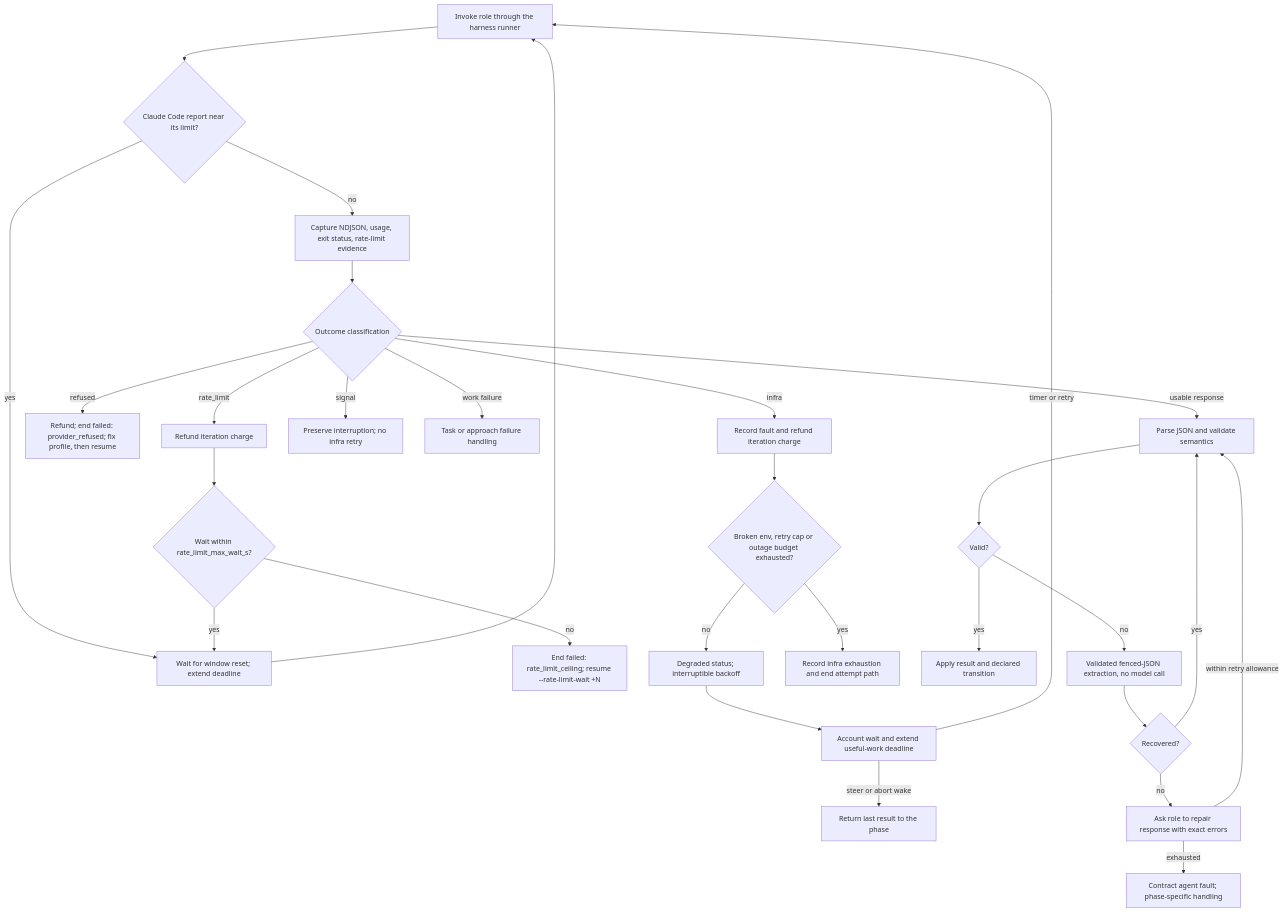
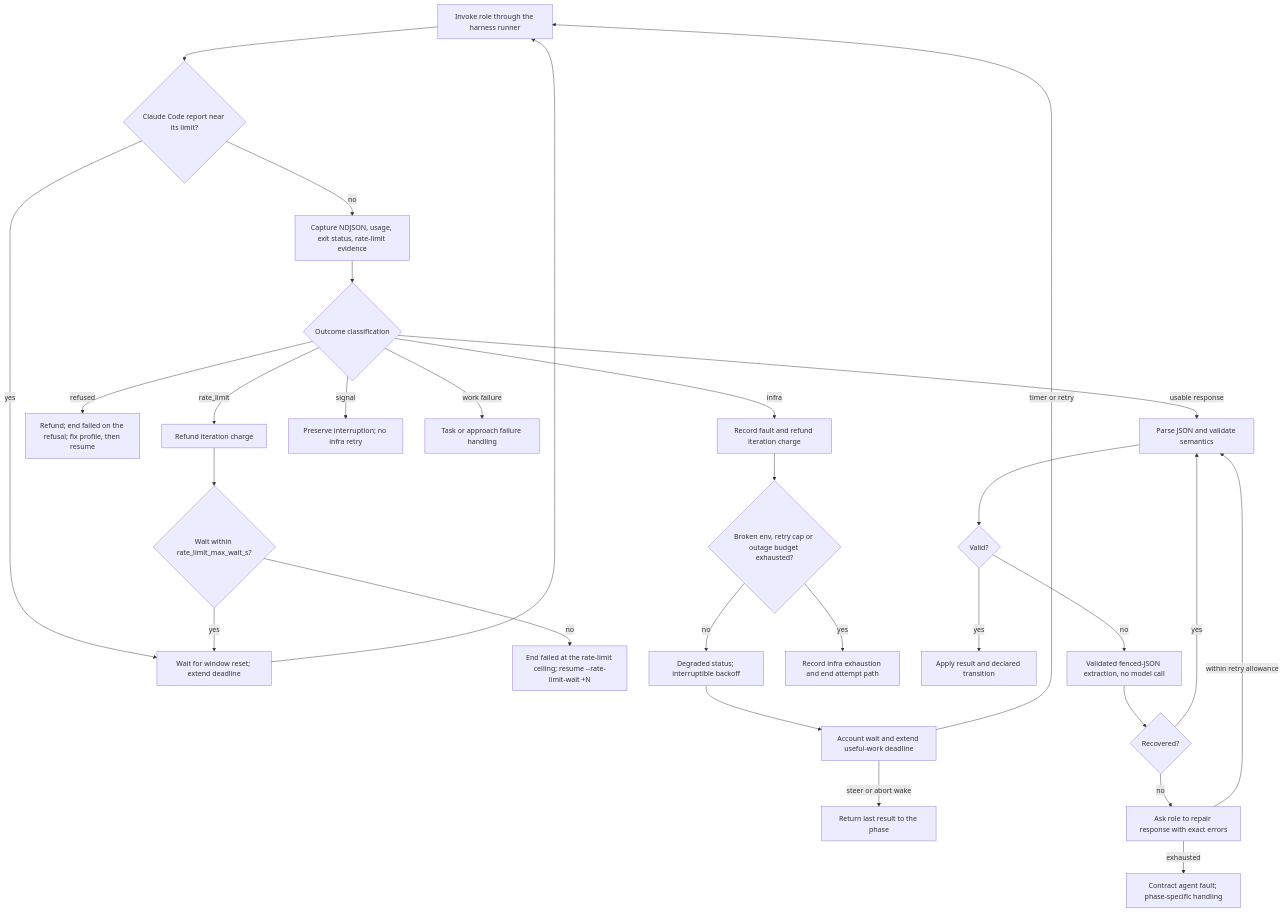
Before and after one commit to n-orlov/ralphd: the seventh of 10 diagrams in docs/solution-tech-spec.md, drawn with Mermaid. The commit also changed other lines of this file and 7 other files, not shown here.

````diff
--- a/docs/solution-tech-spec.md
+++ b/docs/solution-tech-spec.md
@@ -909,31 +922,31 @@
 ```mermaid
 flowchart TD
     Invoke["Invoke role through the harness runner"] --> Pre{"Claude Code report near its limit?"}
     Pre -->|yes| RLWait
     Pre -->|no| Stream["Capture NDJSON, usage, exit status, rate-limit evidence"]
     Stream --> Fault{"Outcome classification"}
     Fault -->|rate_limit| RLRefund["Refund iteration charge"]
     RLRefund --> RLCap{"Wait within rate_limit_max_wait_s?"}
     RLCap -->|yes| RLWait["Wait for window reset; extend deadline"]
     RLWait --> Invoke
-    RLCap -->|no| RLFail["End failed: rate_limit_ceiling; resume --rate-limit-wait +N"]
-    Fault -->|refused| RefRefund["Refund; end failed: provider_refused; fix profile, then resume"]
+    RLCap -->|no| RLFail["End failed at the rate-limit ceiling; resume --rate-limit-wait +N"]
+    Fault -->|refused| RefRefund["Refund; end failed on the refusal; fix profile, then resume"]
     Fault -->|infra| Refund["Record fault and refund iteration charge"]
     Refund --> Cap{"Broken env, retry cap or outage budget exhausted?"}
     Cap -->|no| Wait["Degraded status; interruptible backoff"]
     Wait --> Extend["Account wait and extend useful-work deadline"]
     Extend -->|timer or retry| Invoke
     Extend -->|steer or abort wake| Return["Return last result to the phase"]
     Cap -->|yes| Stop["Record infra exhaustion and end attempt path"]
     Fault -->|signal| Signal["Preserve interruption; no infra retry"]
     Fault -->|work failure| WorkFail["Task or approach failure handling"]
     Fault -->|usable response| Parse["Parse JSON and validate semantics"]
     Parse --> Good{"Valid?"}
     Good -->|yes| Apply["Apply result and declared transition"]
     Good -->|no| Normalize["Validated fenced-JSON extraction, no model call"]
     Normalize --> Fixed{"Recovered?"}
     Fixed -->|yes| Parse
     Fixed -->|no| Ask["Ask role to repair response with exact errors"]
     Ask -->|within retry allowance| Parse
     Ask -->|exhausted| AgentFault["Contract agent fault; phase-specific handling"]
 ```
````
